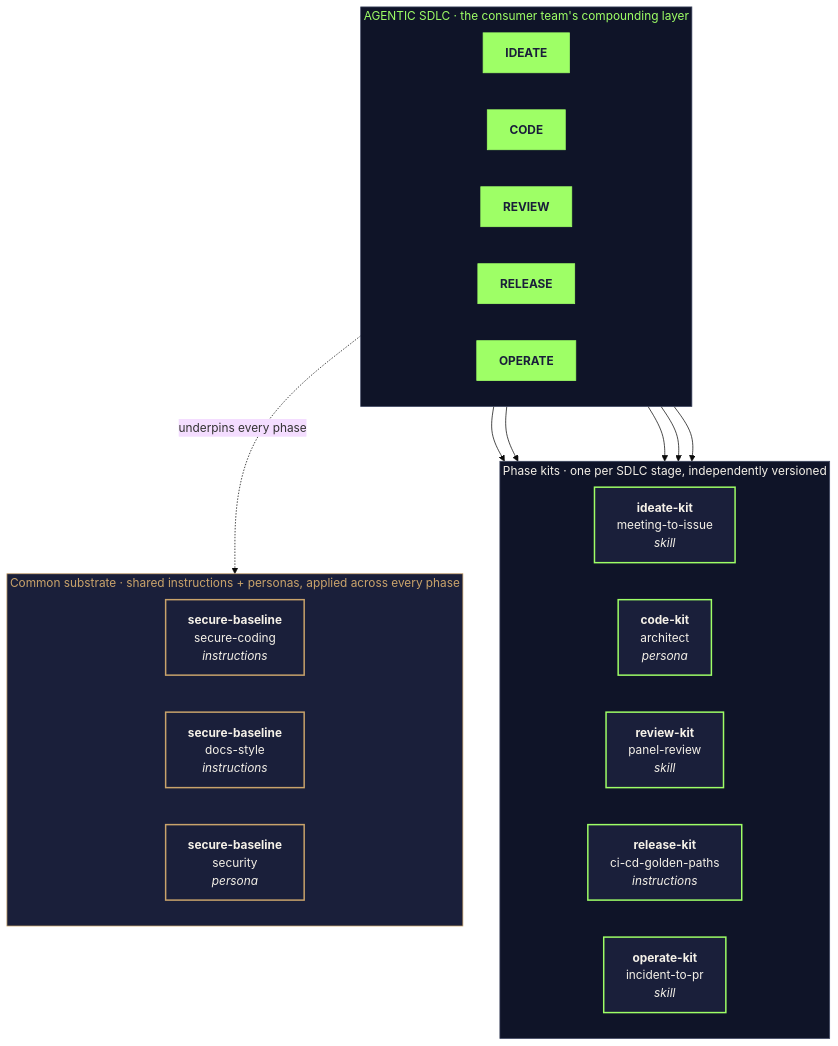
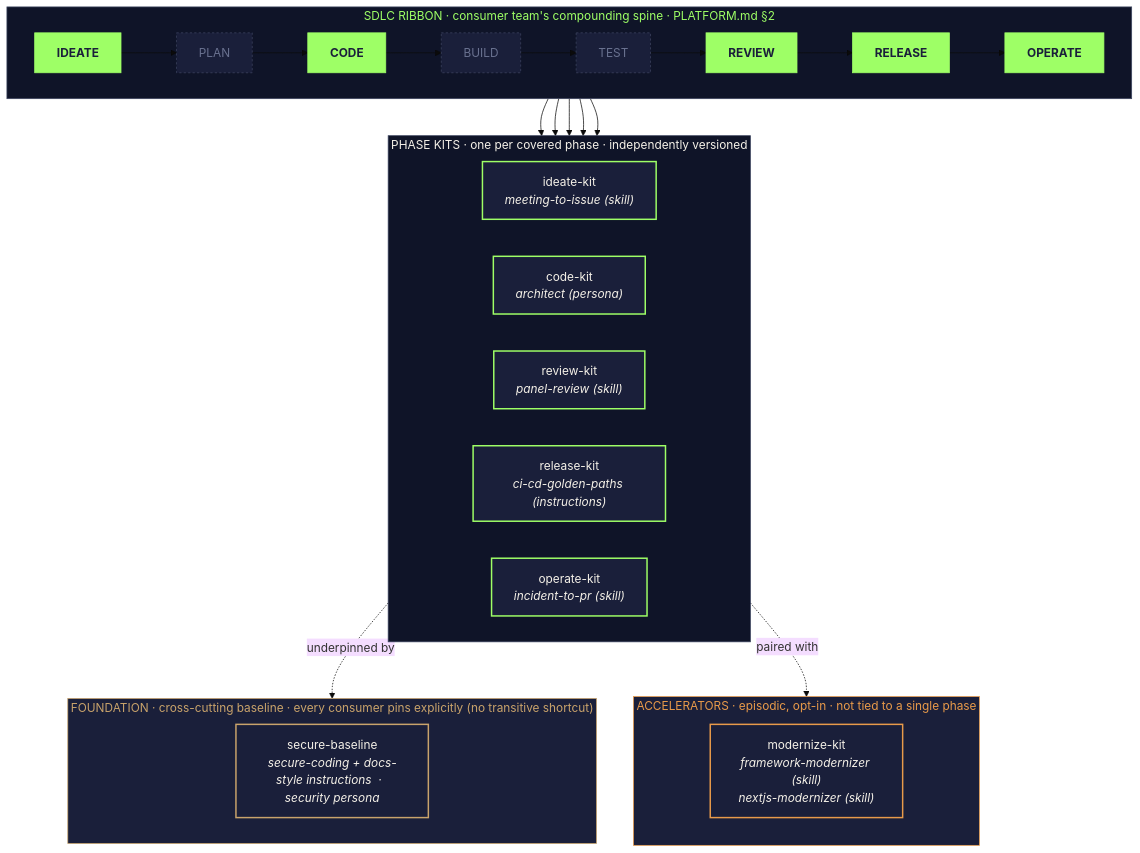
The diagram in README.md (DevExpGbb/zava-agent-config), drawn with Mermaid (base theme) before and after one commit. The commit also changed other lines of this file and 8 other files, not shown here.

First line of the commit message:
chore: sharper README mermaid + 3-tier taxonomy + zero-transitive intent (#3)

````diff
--- a/README.md
+++ b/README.md
@@ -11,47 +13,52 @@
 ```mermaid
 flowchart TB
-    subgraph SDLC["AGENTIC SDLC  ·  the consumer team's compounding layer"]
+    subgraph RIBBON["SDLC RIBBON  ·  consumer team's compounding spine  ·  PLATFORM.md §2"]
         direction LR
-        P1[IDEATE]
-        P2[CODE]
-        P3[REVIEW]
-        P4[RELEASE]
-        P5[OPERATE]
+        P1[IDEATE] --> P2[PLAN] --> P3[CODE] --> P4[BUILD] --> P5[TEST] --> P6[REVIEW] --> P7[RELEASE] --> P8[OPERATE]
     end
 
-    subgraph KITS["Phase kits  ·  one per SDLC stage, independently versioned"]
+    subgraph KITS["PHASE KITS  ·  one per covered phase  ·  independently versioned"]
         direction LR
-        K1["<b>ideate-kit</b><br/>meeting-to-issue<br/><i>skill</i>"]
-        K2["<b>code-kit</b><br/>architect<br/><i>persona</i>"]
-        K3["<b>review-kit</b><br/>panel-review<br/><i>skill</i>"]
-        K4["<b>release-kit</b><br/>ci-cd-golden-paths<br/><i>instructions</i>"]
-        K5["<b>operate-kit</b><br/>incident-to-pr<br/><i>skill</i>"]
+        K1["ideate-kit<br/><i>meeting-to-issue (skill)</i>"]
+        K3["code-kit<br/><i>architect (persona)</i>"]
+        K6["review-kit<br/><i>panel-review (skill)</i>"]
+        K7["release-kit<br/><i>ci-cd-golden-paths (instructions)</i>"]
+        K8["operate-kit<br/><i>incident-to-pr (skill)</i>"]
     end
 
-    subgraph COMMON["Common substrate  ·  shared instructions + personas, applied across every phase"]
+    subgraph FOUND["FOUNDATION  ·  cross-cutting baseline  ·  every consumer pins explicitly (no transitive shortcut)"]
         direction LR
-        CB1["<b>secure-baseline</b><br/>secure-coding<br/><i>instructions</i>"]
-        CB2["<b>secure-baseline</b><br/>docs-style<br/><i>instructions</i>"]
-        CB3["<b>secure-baseline</b><br/>security<br/><i>persona</i>"]
+        BASE["secure-baseline<br/><i>secure-coding + docs-style instructions  ·  security persona</i>"]
+    end
+
+    subgraph ACCEL["ACCELERATORS  ·  episodic, opt-in  ·  not tied to a single phase"]
+        direction TB
+        ACC1["modernize-kit<br/><i>framework-modernizer (skill)<br/>nextjs-modernizer (skill)</i>"]
     end
 
     P1 --> K1
-    P2 --> K2
     P3 --> K3
-    P4 --> K4
-    P5 --> K5
+    P6 --> K6
+    P7 --> K7
+    P8 --> K8
 
-    SDLC -.->|underpins every phase| COMMON
+    KITS -. underpinned by .-> FOUND
+    KITS -. paired with .-> ACCEL
 
     classDef phase fill:#9eff66,stroke:#9eff66,color:#1a1f3a,font-weight:bold
+    classDef gap fill:#1a1f3a,stroke:#3d4560,color:#6a7290,stroke-dasharray:3 3
     classDef kit fill:#1a1f3a,stroke:#9eff66,stroke-width:2px,color:#f5f1e8
     classDef baseline fill:#1a1f3a,stroke:#c9a36b,stroke-width:2px,color:#f5f1e8
+    classDef accelerator fill:#1a1f3a,stroke:#e89a4a,stroke-width:2px,color:#f5f1e8
 
-    class P1,P2,P3,P4,P5 phase
-    class K1,K2,K3,K4,K5 kit
-    class CB1,CB2,CB3 baseline
+    class P1,P3,P6,P7,P8 phase
+    class P2,P4,P5 gap
+    class K1,K3,K6,K7,K8 kit
+    class BASE baseline
+    class ACC1 accelerator
 
-    style SDLC fill:#0f1428,stroke:#3d4560,color:#9eff66
+    style RIBBON fill:#0f1428,stroke:#3d4560,color:#9eff66
     style KITS fill:#0f1428,stroke:#3d4560,color:#f5f1e8
-    style COMMON fill:#1a1f3a,stroke:#c9a36b,color:#c9a36b
+    style FOUND fill:#1a1f3a,stroke:#c9a36b,color:#c9a36b
+    style ACCEL fill:#1a1f3a,stroke:#e89a4a,color:#e89a4a
 ```
````
